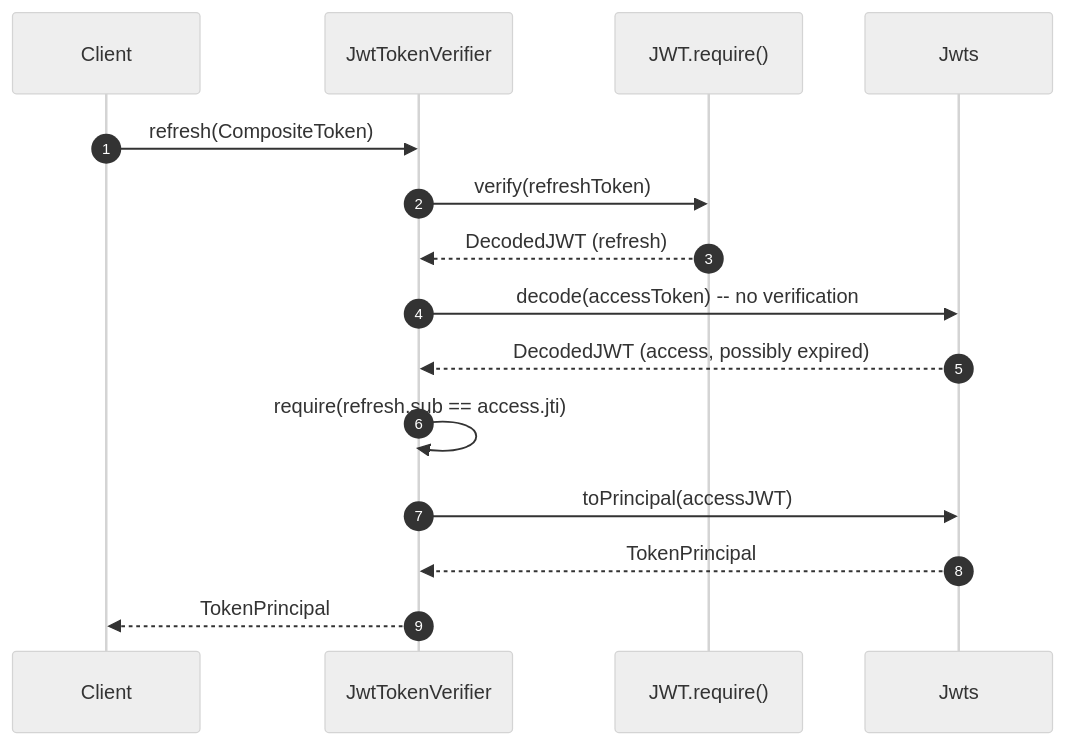
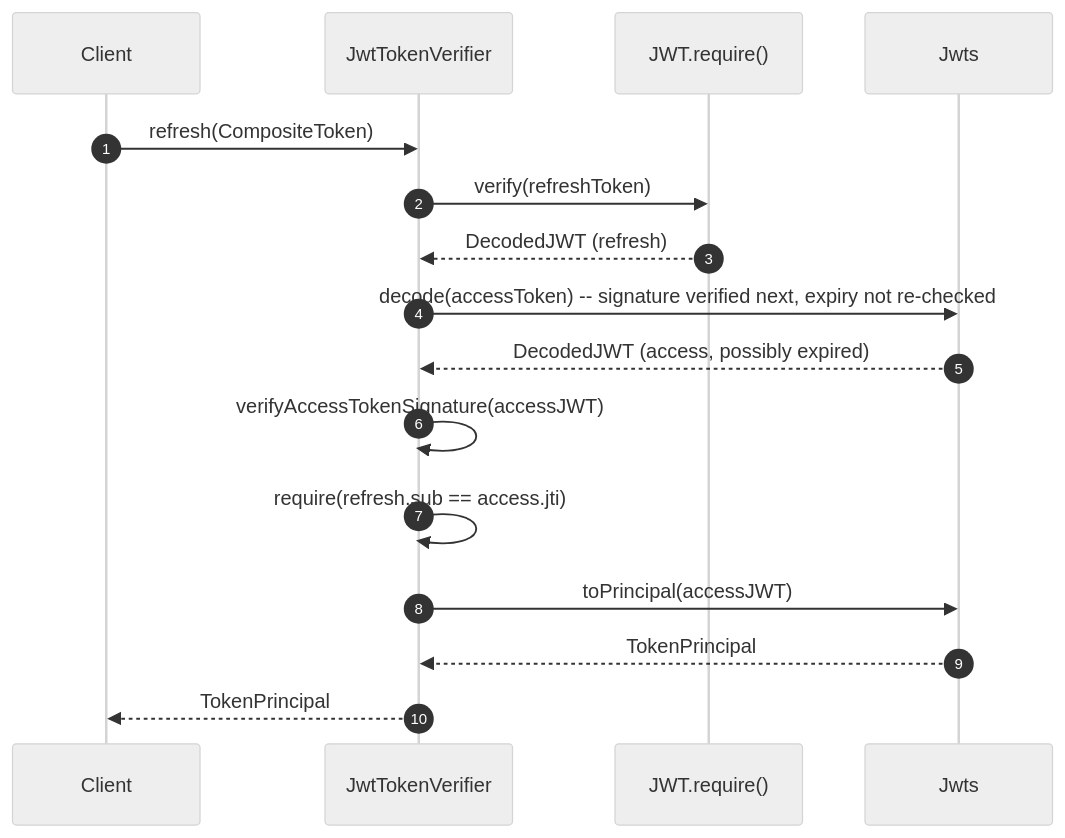
The third of 3 diagrams in wiki/deep-dive/authentication/jwt-integration.md (Ahoo-Wang/CoSec), drawn with Mermaid (neutral theme) before and after one commit. The commit also changed other lines of this file and 59 other files, not shown here.

````diff
--- a/wiki/deep-dive/authentication/jwt-integration.md
+++ b/wiki/deep-dive/authentication/jwt-integration.md
@@ -166,19 +170,20 @@
 ```mermaid
 sequenceDiagram
     autonumber
     participant Client
     participant Verifier as JwtTokenVerifier
     participant JWT as JWT.require()
     participant Jwts as Jwts
 
     Client->>Verifier: refresh(CompositeToken)
     Verifier->>JWT: verify(refreshToken)
     JWT-->>Verifier: DecodedJWT (refresh)
-    Verifier->>Jwts: decode(accessToken) -- no verification
+    Verifier->>Jwts: decode(accessToken) -- signature verified next, expiry not re-checked
     Jwts-->>Verifier: DecodedJWT (access, possibly expired)
+    Verifier->>Verifier: verifyAccessTokenSignature(accessJWT)
     Verifier->>Verifier: require(refresh.sub == access.jti)
     Verifier->>Jwts: toPrincipal(accessJWT)
     Jwts-->>Verifier: TokenPrincipal
     Verifier-->>Client: TokenPrincipal
 
 ```
````
